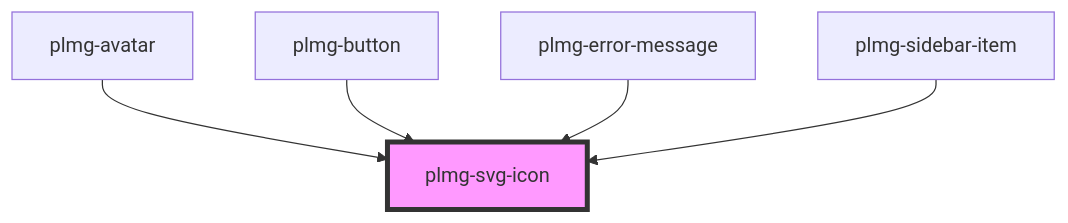
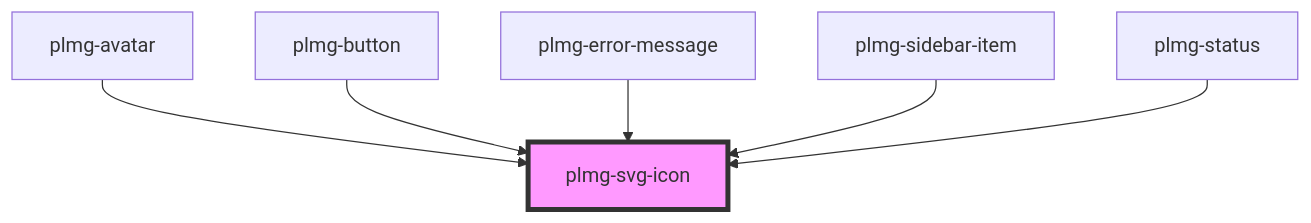
Before and after one commit to DuckyTeam/Plumage: the diagram in packages/component-library/src/components/plmg-svg-icon/readme.md, drawn with Mermaid. The commit also changed other lines of this file and 1 other file, not shown here.

Commit message:
docs(readme):add auto-generated docs

````diff
--- a/packages/component-library/src/components/plmg-svg-icon/readme.md
+++ b/packages/component-library/src/components/plmg-svg-icon/readme.md
@@ -27,8 +28,9 @@
 ```mermaid
 graph TD;
   plmg-avatar --> plmg-svg-icon
   plmg-button --> plmg-svg-icon
   plmg-error-message --> plmg-svg-icon
   plmg-sidebar-item --> plmg-svg-icon
+  plmg-status --> plmg-svg-icon
   style plmg-svg-icon fill:#f9f,stroke:#333,stroke-width:4px
 ```
````
